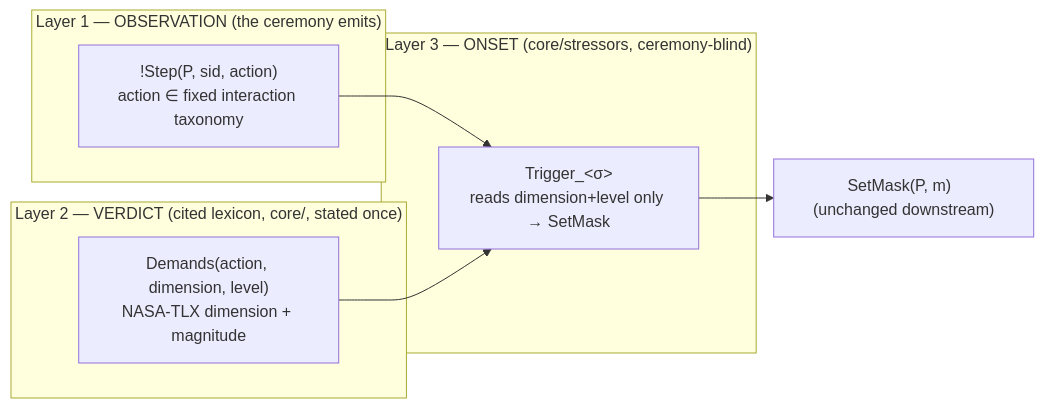
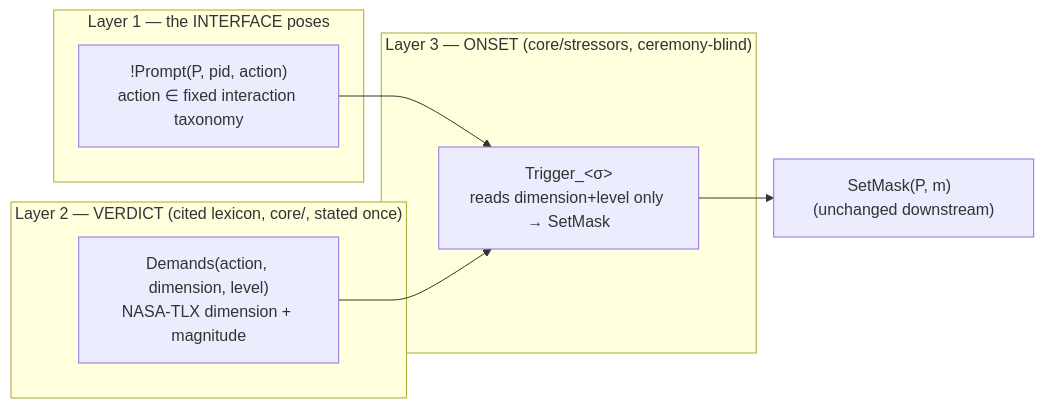
One commit to LarissaGRosa/mcp-usable-security-formal-analysis changed the diagram in tamarin_model/docs/AGNOSTIC_STRESSOR_INTERFACE.md. Above: the diagram before and after it, drawn with Mermaid. The commit also changed other lines of this file and 135 other files, not shown here.

````diff
--- a/tamarin_model/docs/AGNOSTIC_STRESSOR_INTERFACE.md
+++ b/tamarin_model/docs/AGNOSTIC_STRESSOR_INTERFACE.md
@@ -65,15 +72,15 @@
 ```mermaid
 flowchart LR
-  subgraph L1["Layer 1 — OBSERVATION (the ceremony emits)"]
-    S["!Step(P, sid, action)<br/>action ∈ fixed interaction taxonomy"]
+  subgraph L1["Layer 1 — the INTERFACE poses"]
+    S["!Prompt(P, pid, action)<br/>action ∈ fixed interaction taxonomy"]
   end
   subgraph L2["Layer 2 — VERDICT (cited lexicon, core/, stated once)"]
     D["Demands(action, dimension, level)<br/>NASA-TLX dimension + magnitude"]
   end
   subgraph L3["Layer 3 — ONSET (core/stressors, ceremony-blind)"]
     T["Trigger_<σ><br/>reads dimension+level only → SetMask"]
   end
   S --> T
   D --> T
   T --> M["SetMask(P, m)  (unchanged downstream)"]
 ```
````
